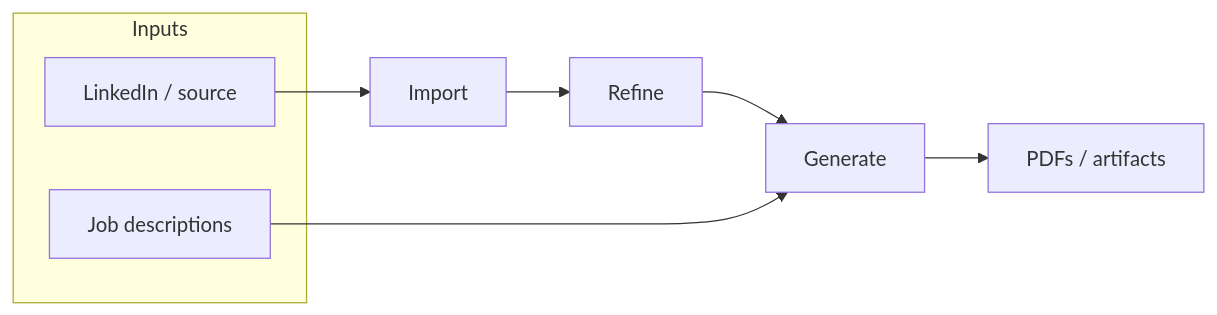
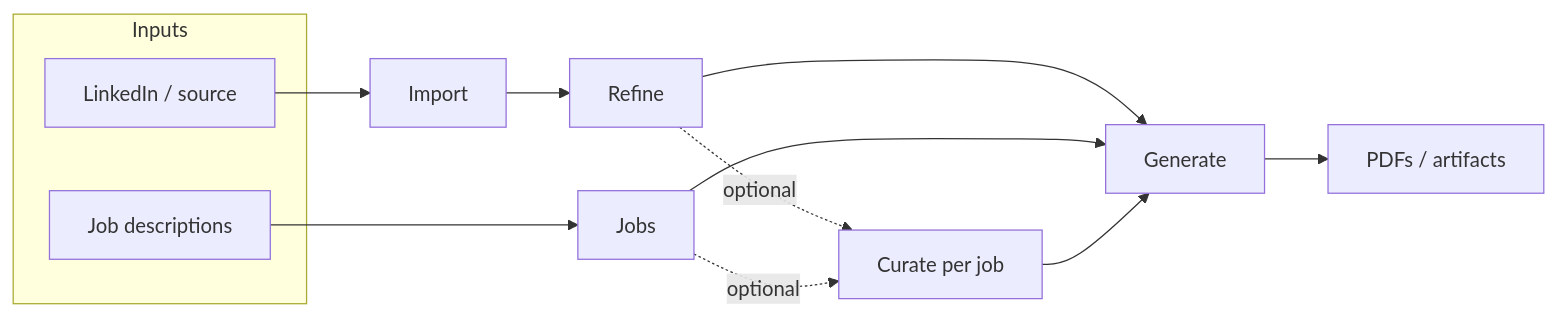
The diagram in specs/tui-ux.md (impressiver/suited), drawn with Mermaid before and after one commit. The commit also changed other lines of this file and 38 other files, not shown here.

First line of the commit message:
specs: Curate screen, template/flair, review fixes; pinned job render

````diff
--- a/specs/tui-ux.md
+++ b/specs/tui-ux.md
@@ -13,12 +15,16 @@
 ```mermaid
 flowchart LR
   subgraph inputs [Inputs]
     LI[LinkedIn / source]
     JD[Job descriptions]
   end
   LI --> Import[Import]
   Import --> Refine[Refine]
+  JD --> Jobs[Jobs]
   Refine --> Gen[Generate]
-  JD --> Gen
+  Jobs --> Gen
+  Refine -. optional .-> Curate[Curate per job]
+  Jobs -. optional .-> Curate
+  Curate --> Gen
   Gen --> Out[PDFs / artifacts]
 ```
````
